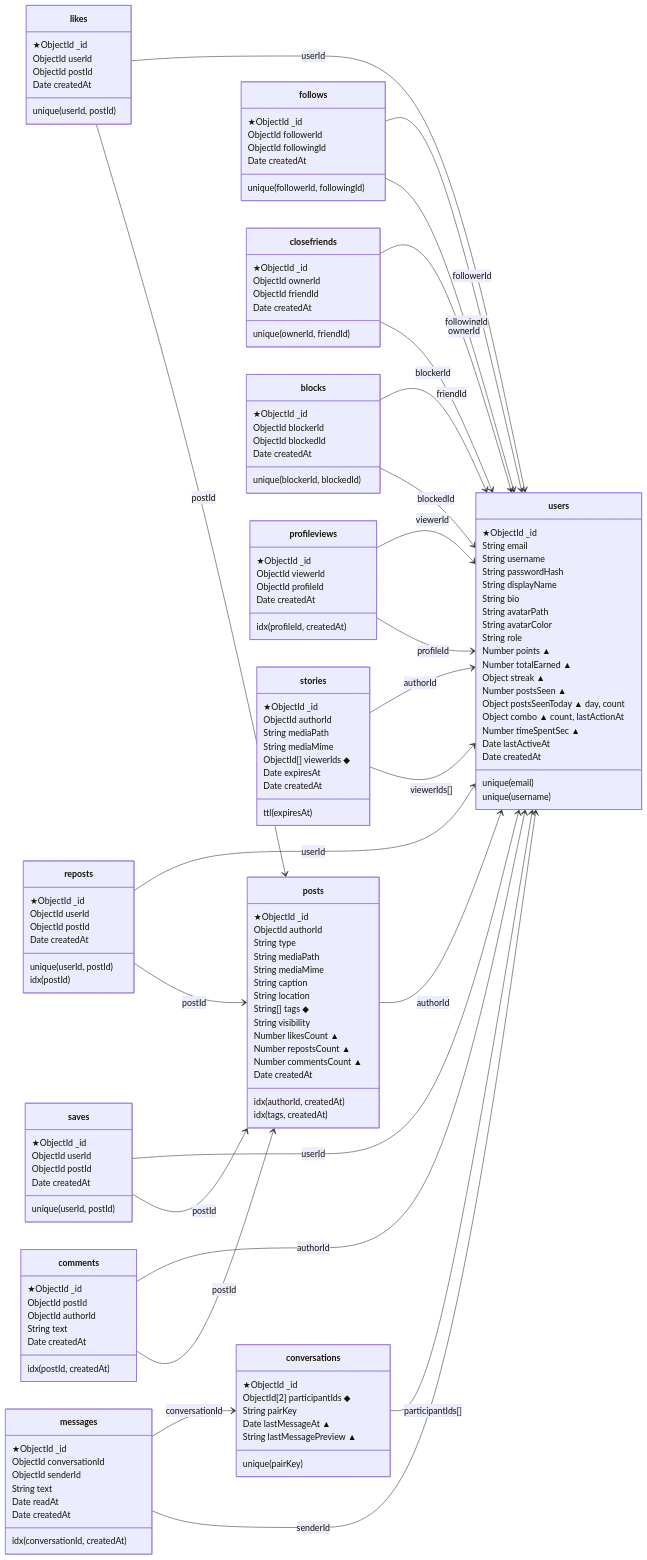
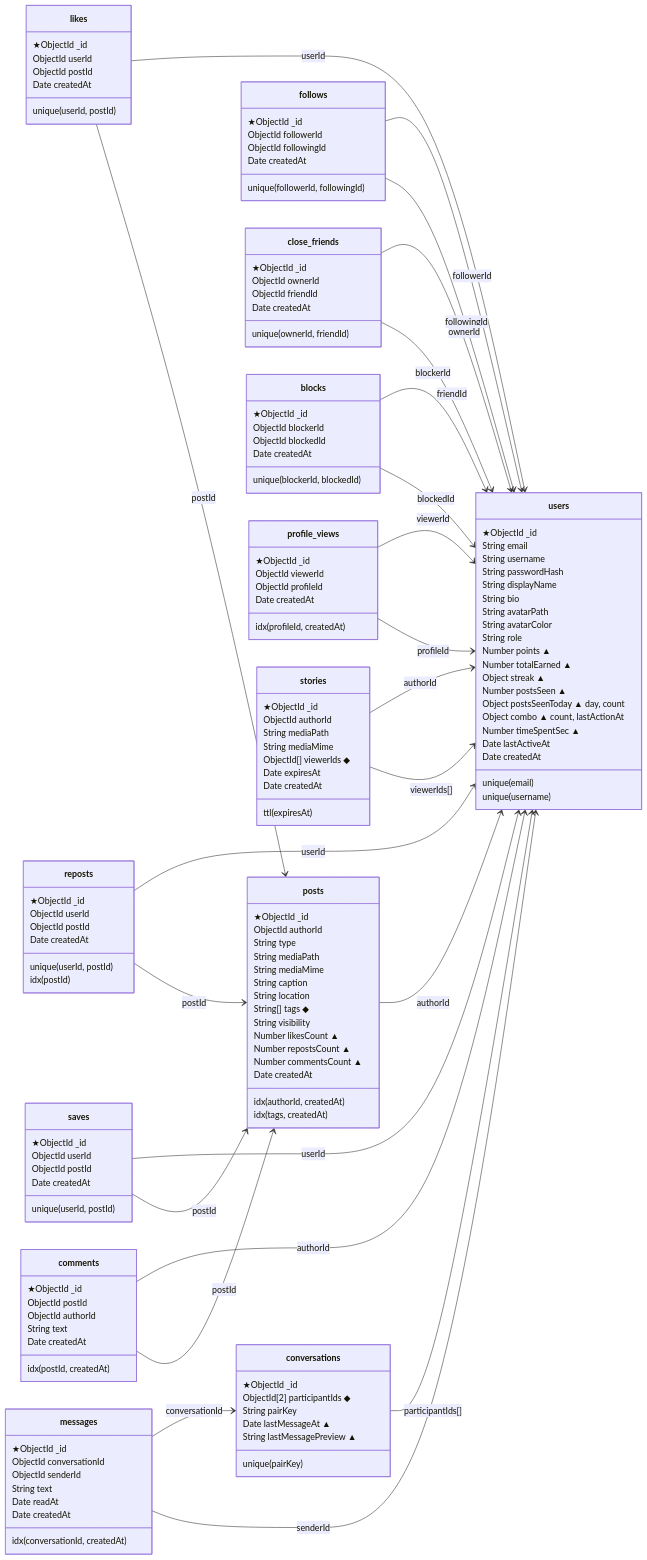
One commit to Kyliantvv/detox-app changed the fifth of 6 diagrams in docs/db/merise.md. Above: the diagram before and after it, drawn with Mermaid. The commit also changed other lines of this file and 6 other files, not shown here.

```diff
--- a/docs/db/merise.md
+++ b/docs/db/merise.md
@@ -446,7 +446,7 @@
   ObjectId followingId
   Date createdAt
   unique(followerId, followingId) }
-class closefriends { ★ObjectId _id
+class close_friends { ★ObjectId _id
   ObjectId ownerId
   ObjectId friendId
   Date createdAt
@@ -456,7 +456,7 @@
   ObjectId blockedId
   Date createdAt
   unique(blockerId, blockedId) }
-class profileviews { ★ObjectId _id
+class profile_views { ★ObjectId _id
   ObjectId viewerId
   ObjectId profileId
   Date createdAt
@@ -493,12 +493,12 @@
 comments --> posts : postId
 follows --> users : followerId
 follows --> users : followingId
-closefriends --> users : ownerId
-closefriends --> users : friendId
+close_friends --> users : ownerId
+close_friends --> users : friendId
 blocks --> users : blockerId
 blocks --> users : blockedId
-profileviews --> users : viewerId
-profileviews --> users : profileId
+profile_views --> users : viewerId
+profile_views --> users : profileId
 stories --> users : authorId
 stories --> users : viewerIds[]
 conversations --> users : participantIds[]
```
